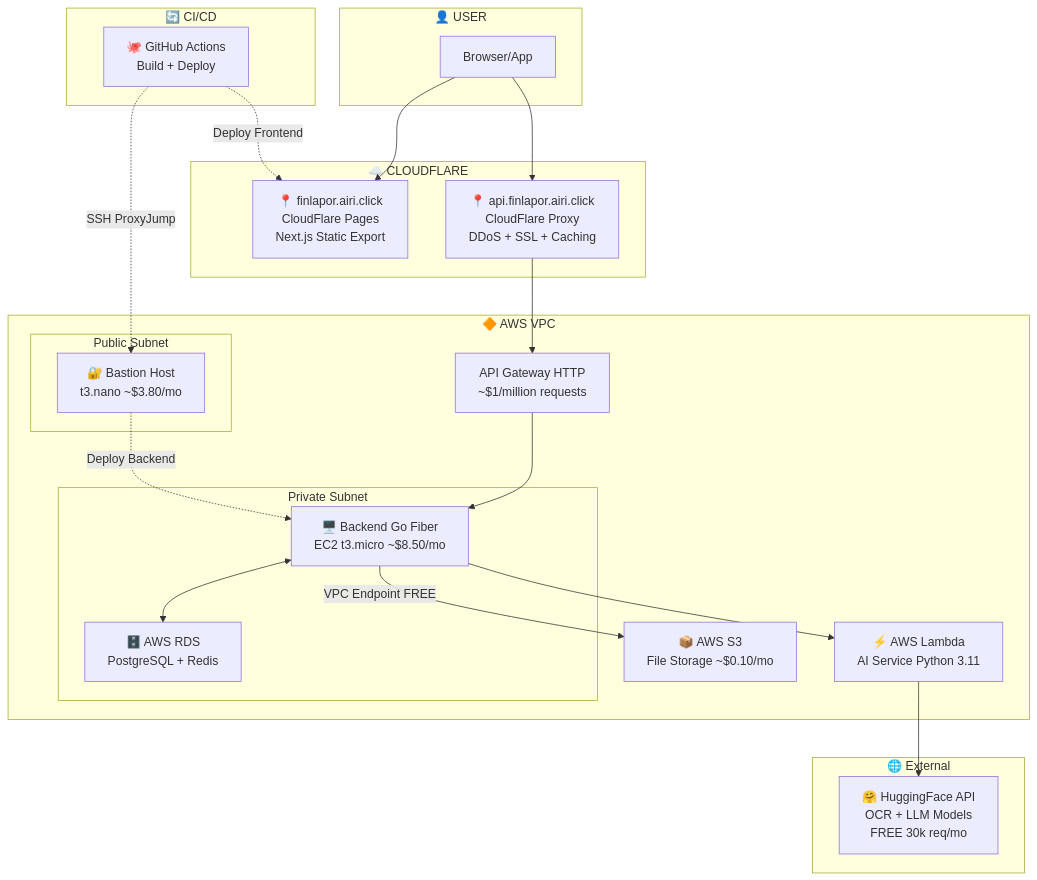
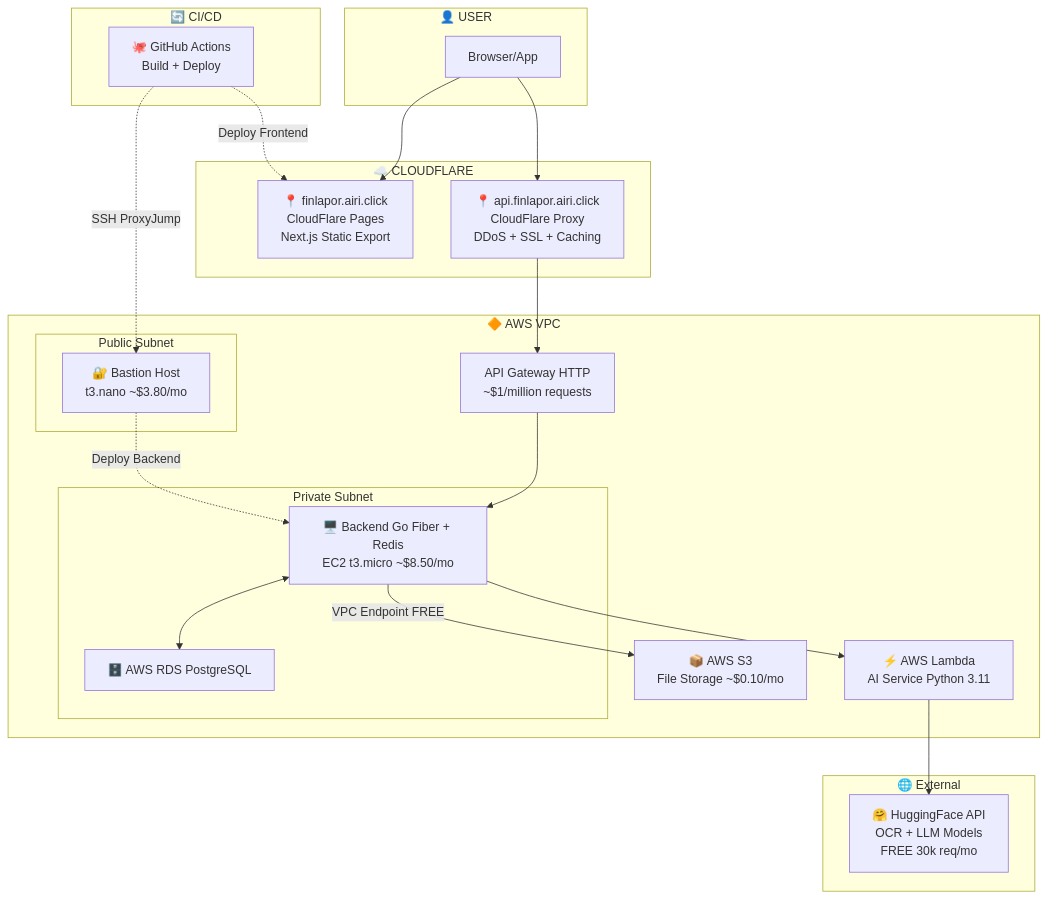
One commit to aan-andiyanaS/finlapor changed the first of 8 diagrams in docs/architecture.md. Above: the diagram before and after it, drawn with Mermaid. The commit also changed 1 other file, not shown here.

Commit message:
edit architecture

````diff
--- a/docs/architecture.md
+++ b/docs/architecture.md
@@ -9,52 +9,52 @@
 ```mermaid
 flowchart TB
     subgraph CICD["🔄 CI/CD"]
         GitHub["🐙 GitHub Actions<br/>Build + Deploy"]
     end
 
     subgraph User["👤 USER"]
         Browser["Browser/App"]
     end
 
     subgraph CloudFlare["☁️ CLOUDFLARE"]
         CFPages["📍 finlapor.airi.click<br/>CloudFlare Pages<br/>Next.js Static Export"]
         CFProxy["📍 api.finlapor.airi.click<br/>CloudFlare Proxy<br/>DDoS + SSL + Caching"]
     end
 
     subgraph AWS["🔶 AWS VPC"]
         APIGateway["API Gateway HTTP<br/>~$1/million requests"]
         
         subgraph PublicSubnet["Public Subnet"]
             Bastion["🔐 Bastion Host<br/>t3.nano ~$3.80/mo"]
         end
         
         subgraph PrivateSubnet["Private Subnet"]
-            Backend["🖥️ Backend Go Fiber<br/>EC2 t3.micro ~$8.50/mo"]
-            RDS["🗄️ AWS RDS<br/>PostgreSQL + Redis"]
+            Backend["🖥️ Backend Go Fiber + Redis<br/>EC2 t3.micro ~$8.50/mo"]
+            RDS["🗄️ AWS RDS PostgreSQL"]
         end
         
         Lambda["⚡ AWS Lambda<br/>AI Service Python 3.11"]
         S3["📦 AWS S3<br/>File Storage ~$0.10/mo"]
     end
 
     subgraph External["🌐 External"]
         HuggingFace["🤗 HuggingFace API<br/>OCR + LLM Models<br/>FREE 30k req/mo"]
     end
 
     %% User Flow
     Browser --> CFPages
     Browser --> CFProxy
     CFProxy --> APIGateway
     APIGateway --> Backend
     
     %% CI/CD Flow
     GitHub -.->|Deploy Frontend| CFPages
     GitHub -.->|SSH ProxyJump| Bastion
     Bastion -.->|Deploy Backend| Backend
     
     %% Internal connections
     Backend <--> RDS
     Backend --> Lambda
     Backend -->|VPC Endpoint FREE| S3
     Lambda --> HuggingFace
 ```
````
